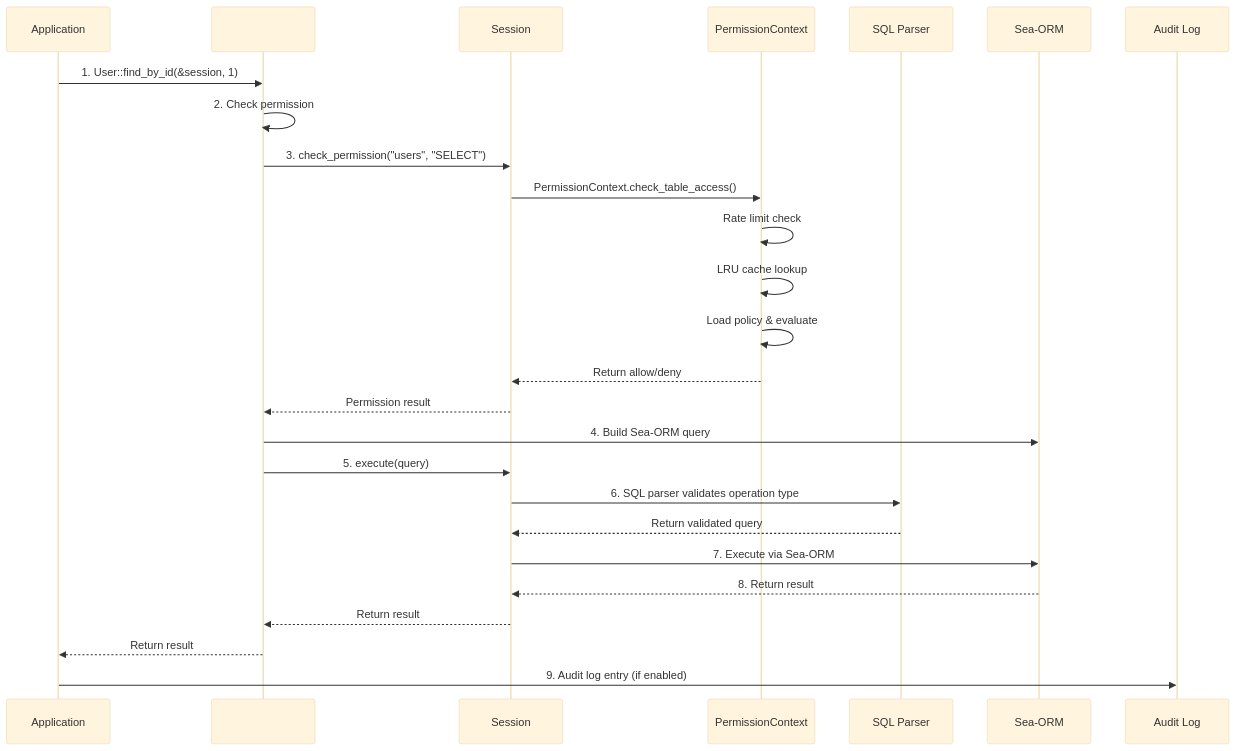
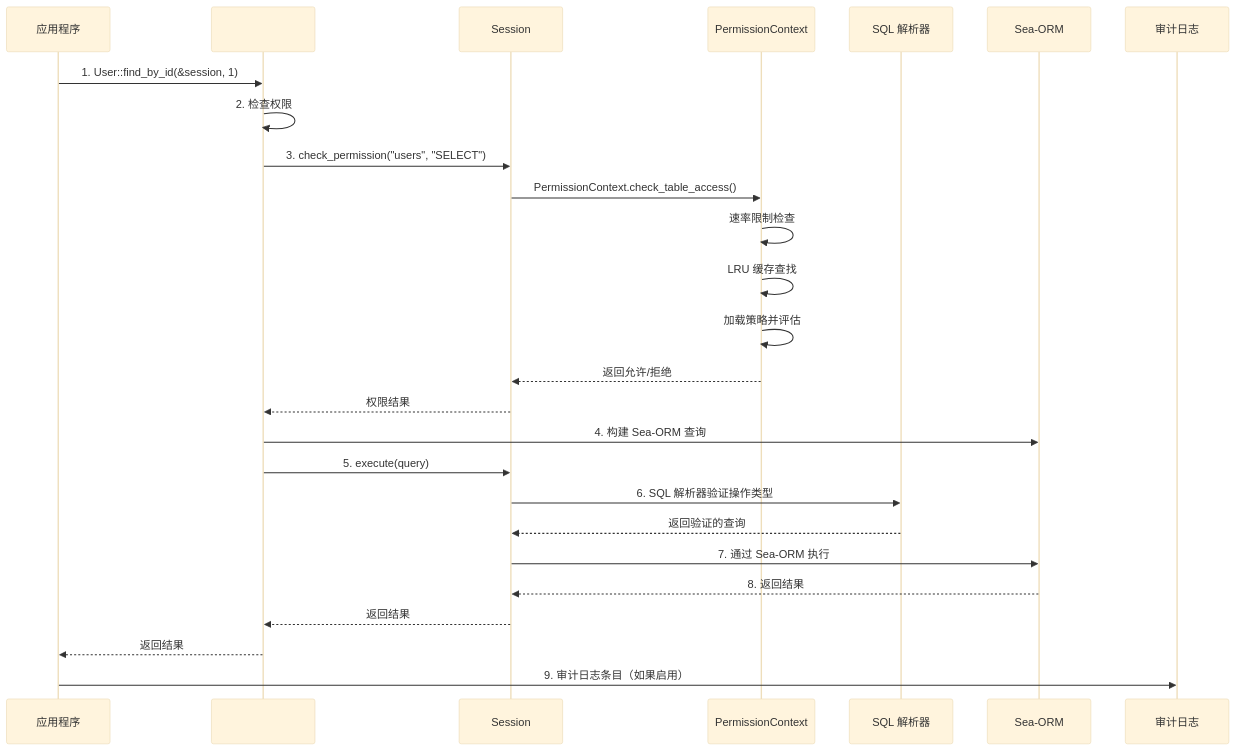
The ninth of 15 diagrams in docs/ARCHITECTURE.md (Kirky-X/dbnexus), drawn with Mermaid (base theme) before and after one commit. The commit also changed other lines of this file and 2 other files, not shown here.

````diff
--- a/docs/ARCHITECTURE.md
+++ b/docs/ARCHITECTURE.md
@@ -636,34 +636,34 @@
 ```mermaid
 sequenceDiagram
-    participant App as Application
+    participant App as 应用程序
     participant CRUD as #[db_crud]
     participant Session as Session
     participant PermCtx as PermissionContext
-    participant Parser as SQL Parser
+    participant Parser as SQL 解析器
     participant SeaORM as Sea-ORM
-    participant Audit as Audit Log
+    participant Audit as 审计日志
 
     App->>CRUD: 1. User::find_by_id(&session, 1)
-    CRUD->>CRUD: 2. Check permission
+    CRUD->>CRUD: 2. 检查权限
     CRUD->>Session: 3. check_permission("users", "SELECT")
 
     Session->>PermCtx: PermissionContext.check_table_access()
-    PermCtx->>PermCtx: Rate limit check
-    PermCtx->>PermCtx: LRU cache lookup
-    PermCtx->>PermCtx: Load policy & evaluate
-    PermCtx-->>Session: Return allow/deny
+    PermCtx->>PermCtx: 速率限制检查
+    PermCtx->>PermCtx: LRU 缓存查找
+    PermCtx->>PermCtx: 加载策略并评估
+    PermCtx-->>Session: 返回允许/拒绝
 
-    Session-->>CRUD: Permission result
-    CRUD->>SeaORM: 4. Build Sea-ORM query
+    Session-->>CRUD: 权限结果
+    CRUD->>SeaORM: 4. 构建 Sea-ORM 查询
     CRUD->>Session: 5. execute(query)
 
-    Session->>Parser: 6. SQL parser validates operation type
-    Parser-->>Session: Return validated query
+    Session->>Parser: 6. SQL 解析器验证操作类型
+    Parser-->>Session: 返回验证的查询
 
-    Session->>SeaORM: 7. Execute via Sea-ORM
-    SeaORM-->>Session: 8. Return result
-    Session-->>CRUD: Return result
-    CRUD-->>App: Return result
+    Session->>SeaORM: 7. 通过 Sea-ORM 执行
+    SeaORM-->>Session: 8. 返回结果
+    Session-->>CRUD: 返回结果
+    CRUD-->>App: 返回结果
 
-    App->>Audit: 9. Audit log entry (if enabled)
+    App->>Audit: 9. 审计日志条目（如果启用）
 ```
````
